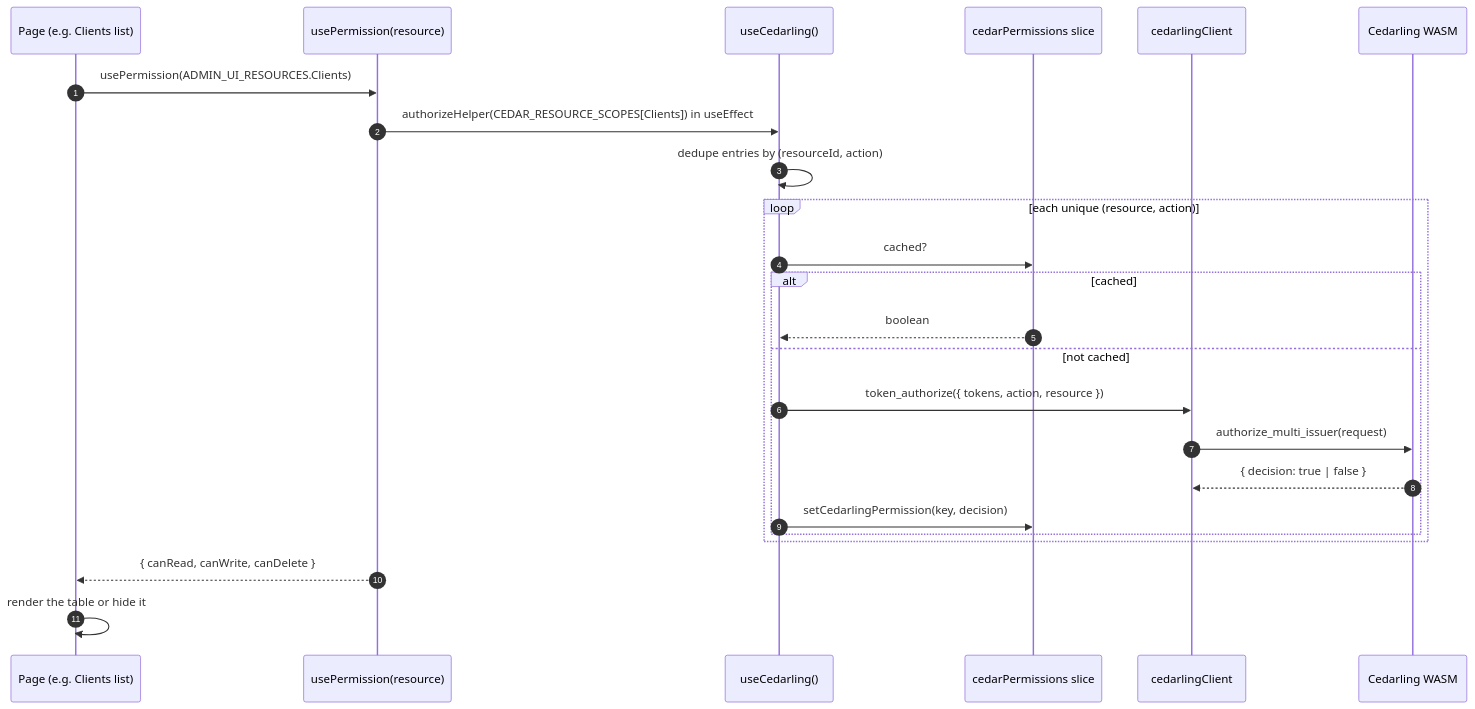
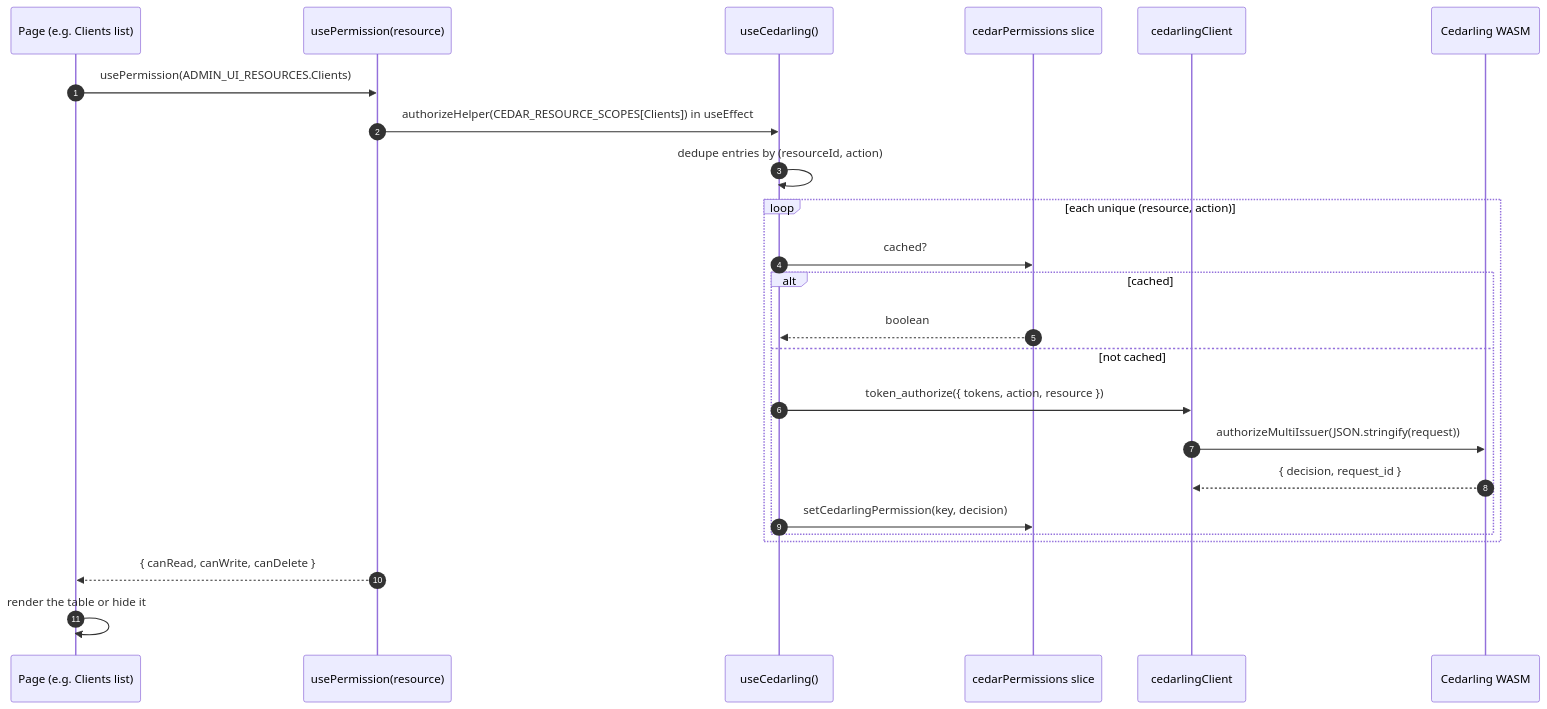
Before and after one commit to GluuFederation/flex: the second of 2 diagrams in admin-ui/docs/cedarling.md, drawn with Mermaid. The commit also changed other lines of this file and 9 other files, not shown here.

````diff
--- a/admin-ui/docs/cedarling.md
+++ b/admin-ui/docs/cedarling.md
@@ -46,27 +46,27 @@
 ```mermaid
 sequenceDiagram
     autonumber
     participant Page as Page (e.g. Clients list)
     participant Perm as usePermission(resource)
     participant Hook as useCedarling()
     participant Cache as cedarPermissions slice
     participant Client as cedarlingClient
     participant Wasm as Cedarling WASM
 
     Page->>Perm: usePermission(ADMIN_UI_RESOURCES.Clients)
     Perm->>Hook: authorizeHelper(CEDAR_RESOURCE_SCOPES[Clients]) in useEffect
     Hook->>Hook: dedupe entries by (resourceId, action)
     loop each unique (resource, action)
         Hook->>Cache: cached?
         alt cached
             Cache-->>Hook: boolean
         else not cached
             Hook->>Client: token_authorize({ tokens, action, resource })
-            Client->>Wasm: authorize_multi_issuer(request)
-            Wasm-->>Client: { decision: true | false }
+            Client->>Wasm: authorizeMultiIssuer(JSON.stringify(request))
+            Wasm-->>Client: { decision, request_id }
             Hook->>Cache: setCedarlingPermission(key, decision)
         end
     end
     Perm-->>Page: { canRead, canWrite, canDelete }
     Page->>Page: render the table or hide it
 ```
````
